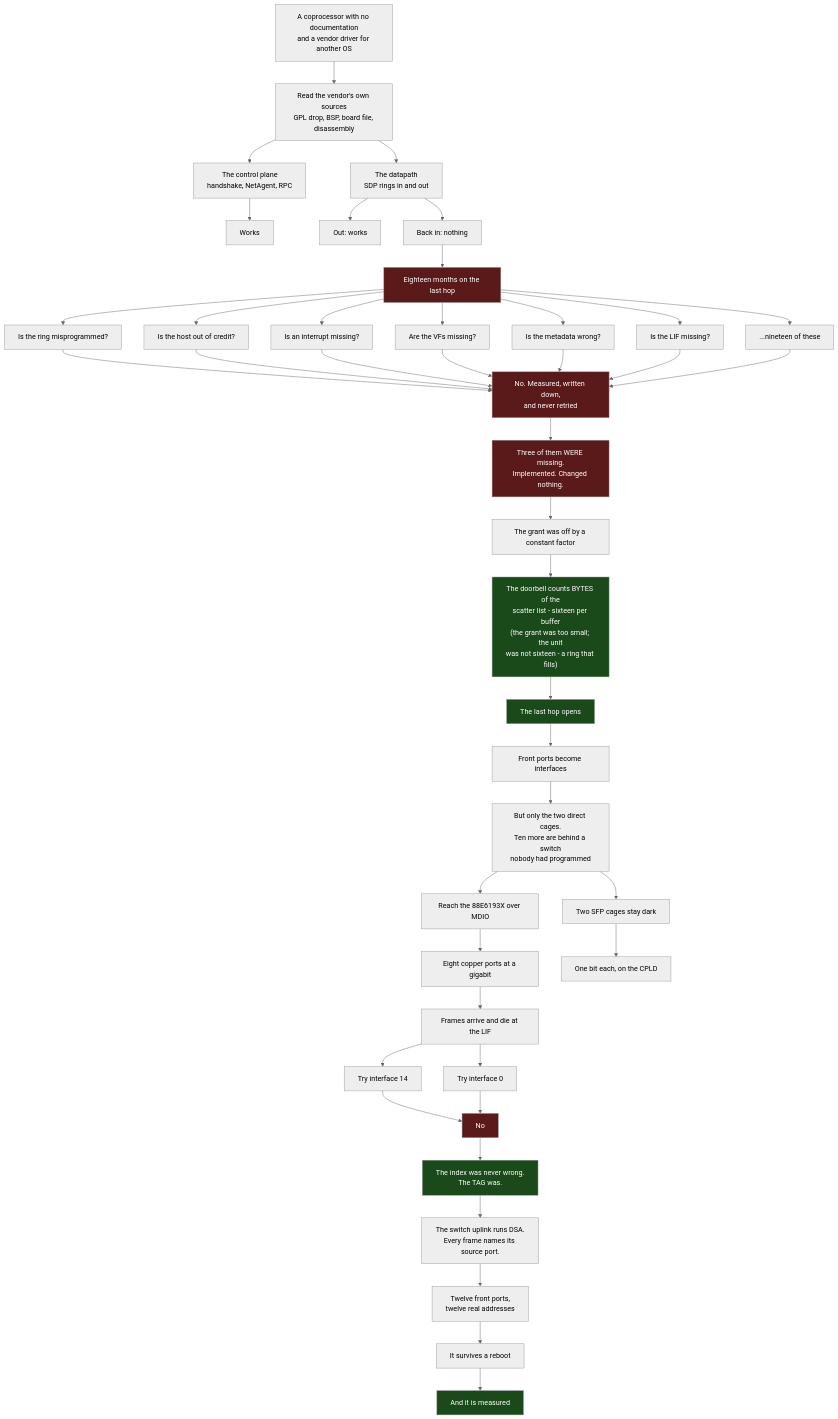
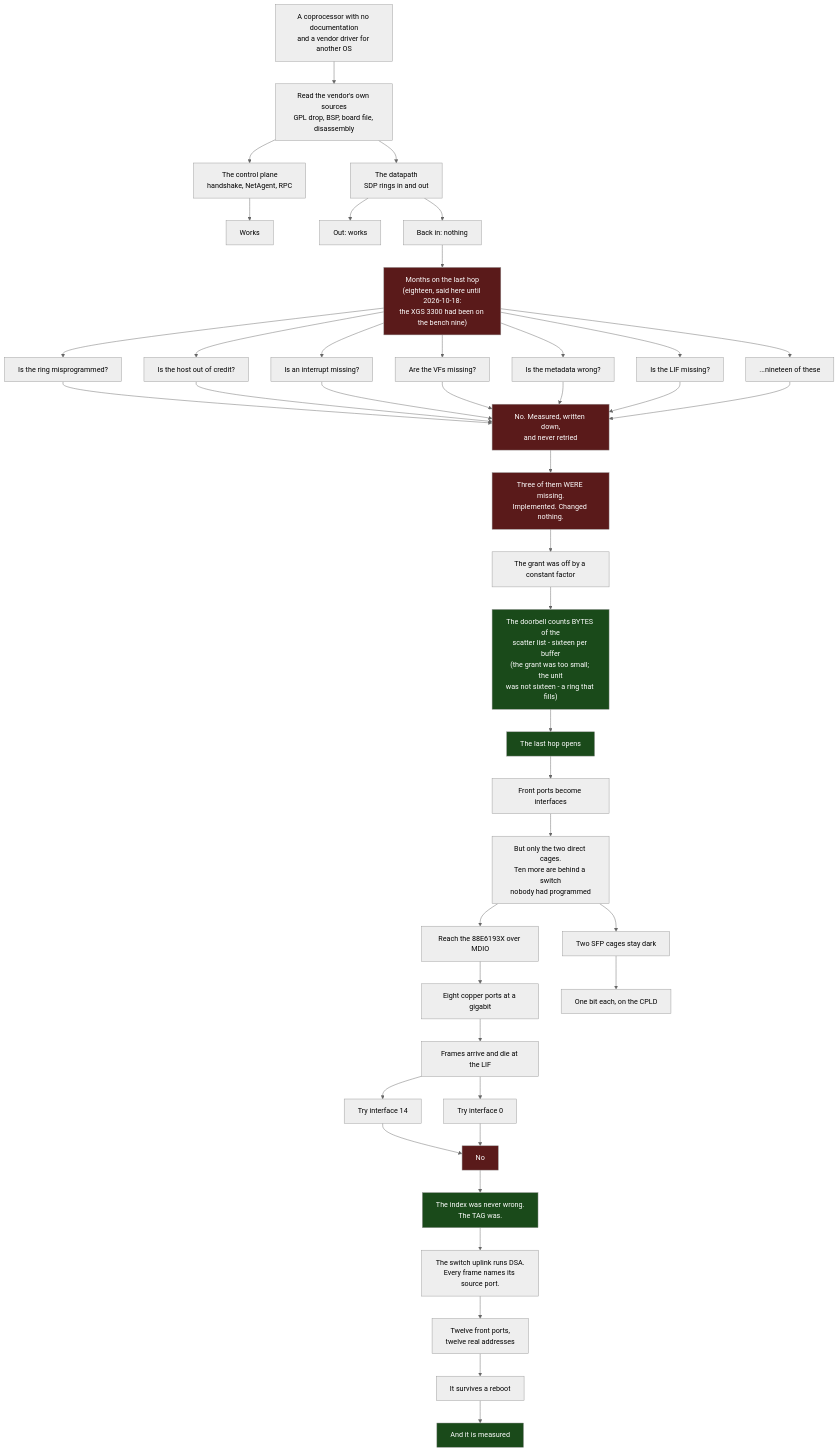
Before and after one commit to AbdelmonemAwad/os-xgs-npu: the first of 2 diagrams in docs/the-road.md, drawn with Mermaid (neutral theme). The commit also changed other lines of this file and 3 other files, not shown here.

Commit message:
docs: the eighteen months were the project's, not the XGS 3300's last hop

````diff
--- a/docs/the-road.md
+++ b/docs/the-road.md
@@ -62,64 +66,64 @@
 ```mermaid
 flowchart TD
     A["A coprocessor with no documentation<br/>and a vendor driver for another OS"] --> B
 
     B["Read the vendor's own sources<br/>GPL drop, BSP, board file, disassembly"] --> C
     B --> D
 
     C["The control plane<br/>handshake, NetAgent, RPC"] --> C1["Works"]
     D["The datapath<br/>SDP rings in and out"] --> D1["Out: works"]
     D --> D2["Back in: nothing"]
 
-    D2 --> E["Eighteen months on the last hop"]
+    D2 --> E["Months on the last hop<br/>(eighteen, said here until 2026-10-18:<br/>the XGS 3300 had been on the bench nine)"]
 
     E --> X1["Is the ring misprogrammed?"]
     E --> X2["Is the host out of credit?"]
     E --> X3["Is an interrupt missing?"]
     E --> X4["Are the VFs missing?"]
     E --> X5["Is the metadata wrong?"]
     E --> X6["Is the LIF missing?"]
     E --> X7["...nineteen of these"]
 
     X1 --> N["No. Measured, written down,<br/>and never retried"]
     X2 --> N
     X3 --> N
     X4 --> N
     X5 --> N
     X6 --> N
     X7 --> N
 
     N --> F["Three of them WERE missing.<br/>Implemented. Changed nothing."]
 
     F --> G["The grant was off by a constant factor"]
     G --> H["The doorbell counts BYTES of the<br/>scatter list - sixteen per buffer<br/>(the grant was too small; the unit<br/>was not sixteen - a ring that fills)"]
     H --> I["The last hop opens"]
 
     I --> J["Front ports become interfaces"]
     J --> K["But only the two direct cages.<br/>Ten more are behind a switch<br/>nobody had programmed"]
 
     K --> L["Reach the 88E6193X over MDIO"]
     L --> M["Eight copper ports at a gigabit"]
     K --> O["Two SFP cages stay dark"]
     O --> P["One bit each, on the CPLD"]
 
     M --> Q["Frames arrive and die at the LIF"]
     Q --> R1["Try interface 14"]
     Q --> R2["Try interface 0"]
     R1 --> R3["No"]
     R2 --> R3
     R3 --> S["The index was never wrong.<br/>The TAG was."]
     S --> T["The switch uplink runs DSA.<br/>Every frame names its source port."]
     T --> U["Twelve front ports,<br/>twelve real addresses"]
 
     U --> V["It survives a reboot"]
     V --> W["And it is measured"]
 
     style E fill:#5a1a1a,color:#fff
     style N fill:#5a1a1a,color:#fff
     style F fill:#5a1a1a,color:#fff
     style R3 fill:#5a1a1a,color:#fff
     style H fill:#1a4a1a,color:#fff
     style S fill:#1a4a1a,color:#fff
     style I fill:#1a4a1a,color:#fff
     style W fill:#1a4a1a,color:#fff
 ```
````
